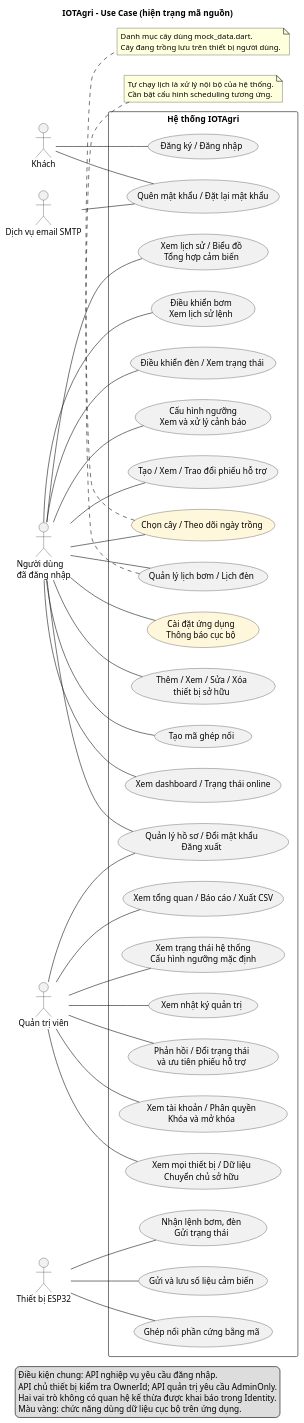
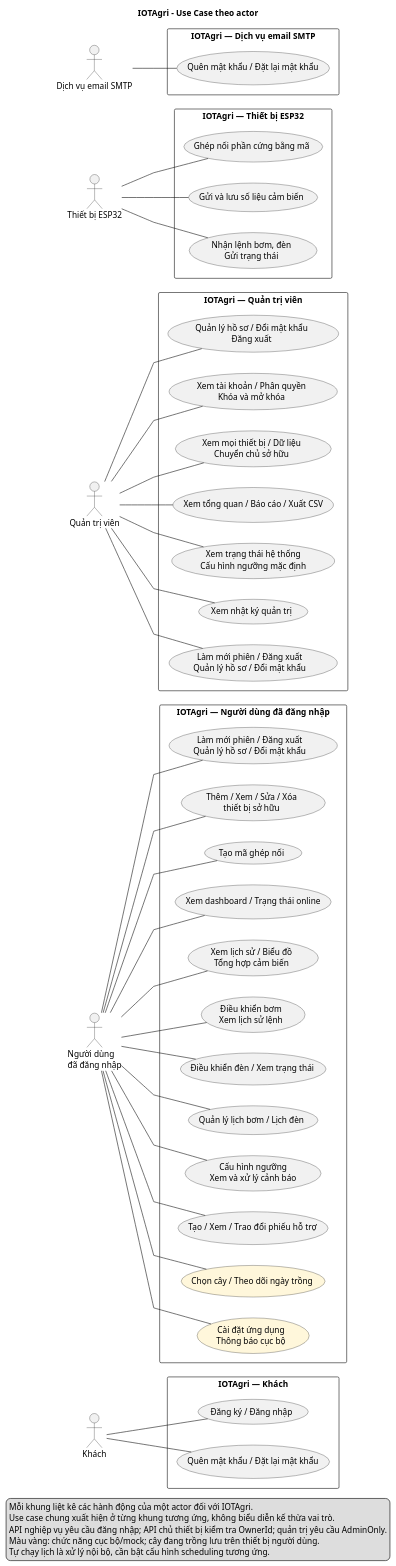
Before and after one commit to huuanh1411/IOTAgri: the diagram in docs/diagrams/use-case.puml, drawn with PlantUML. The commit also changed 15 other files, not shown here.

Commit message:
docs: group use cases by actor with straight UML associations

```diff
--- a/docs/diagrams/use-case.puml
+++ b/docs/diagrams/use-case.puml
@@ -1,76 +1,87 @@
 @startuml
 left to right direction
+skinparam actorStyle stickman
 skinparam packageStyle rectangle
 skinparam shadowing false
-title IOTAgri - Use Case (hiện trạng mã nguồn)
+skinparam linetype polyline
+title IOTAgri - Use Case theo actor
+' Mỗi actor có một khung riêng; use case chung được lặp lại theo vai trò.
+
 actor "Khách" as Guest
+rectangle "IOTAgri — Khách" as GuestFrame {
+  usecase "Đăng ký / Đăng nhập" as GuestUC1
+  usecase "Quên mật khẩu / Đặt lại mật khẩu" as GuestUC2
+}
+Guest -- GuestUC1
+Guest -- GuestUC2
+
 actor "Người dùng\nđã đăng nhập" as User
+rectangle "IOTAgri — Người dùng đã đăng nhập" as UserFrame {
+  usecase "Làm mới phiên / Đăng xuất\nQuản lý hồ sơ / Đổi mật khẩu" as UserUC1
+  usecase "Thêm / Xem / Sửa / Xóa\nthiết bị sở hữu" as UserUC2
+  usecase "Tạo mã ghép nối" as UserUC3
+  usecase "Xem dashboard / Trạng thái online" as UserUC4
+  usecase "Xem lịch sử / Biểu đồ\nTổng hợp cảm biến" as UserUC5
+  usecase "Điều khiển bơm\nXem lịch sử lệnh" as UserUC6
+  usecase "Điều khiển đèn / Xem trạng thái" as UserUC7
+  usecase "Quản lý lịch bơm / Lịch đèn" as UserUC8
+  usecase "Cấu hình ngưỡng\nXem và xử lý cảnh báo" as UserUC9
+  usecase "Tạo / Xem / Trao đổi phiếu hỗ trợ" as UserUC10
+  usecase "Chọn cây / Theo dõi ngày trồng" as UserUC11 #FFF7DB
+  usecase "Cài đặt ứng dụng\nThông báo cục bộ" as UserUC12 #FFF7DB
+}
+User -- UserUC1
+User -- UserUC2
+User -- UserUC3
+User -- UserUC4
+User -- UserUC5
+User -- UserUC6
+User -- UserUC7
+User -- UserUC8
+User -- UserUC9
+User -- UserUC10
+User -- UserUC11
+User -- UserUC12
+
 actor "Quản trị viên" as Admin
+rectangle "IOTAgri — Quản trị viên" as AdminFrame {
+  usecase "Quản lý hồ sơ / Đổi mật khẩu\nĐăng xuất" as AdminUC1
+  usecase "Xem tài khoản / Phân quyền\nKhóa và mở khóa" as AdminUC2
+  usecase "Xem mọi thiết bị / Dữ liệu\nChuyển chủ sở hữu" as AdminUC3
+  usecase "Xem tổng quan / Báo cáo / Xuất CSV" as AdminUC4
+  usecase "Xem trạng thái hệ thống\nCấu hình ngưỡng mặc định" as AdminUC5
+  usecase "Xem nhật ký quản trị" as AdminUC6
+  usecase "Làm mới phiên / Đăng xuất\nQuản lý hồ sơ / Đổi mật khẩu" as AdminUC7
+}
+Admin -- AdminUC1
+Admin -- AdminUC2
+Admin -- AdminUC3
+Admin -- AdminUC4
+Admin -- AdminUC5
+Admin -- AdminUC6
+Admin -- AdminUC7
+
 actor "Thiết bị ESP32" as ESP
+rectangle "IOTAgri — Thiết bị ESP32" as ESPFrame {
+  usecase "Ghép nối phần cứng bằng mã" as ESPUC1
+  usecase "Gửi và lưu số liệu cảm biến" as ESPUC2
+  usecase "Nhận lệnh bơm, đèn\nGửi trạng thái" as ESPUC3
+}
+ESP -- ESPUC1
+ESP -- ESPUC2
+ESP -- ESPUC3
+
 actor "Dịch vụ email SMTP" as SMTP
+rectangle "IOTAgri — Dịch vụ email SMTP" as SMTPFrame {
+  usecase "Quên mật khẩu / Đặt lại mật khẩu" as SMTPUC1
+}
+SMTP -- SMTPUC1
 
-rectangle "Hệ thống IOTAgri" {
-  usecase "Đăng ký / Đăng nhập" as Auth
-  usecase "Quên mật khẩu / Đặt lại mật khẩu" as Recovery
-  usecase "Quản lý hồ sơ / Đổi mật khẩu\nĐăng xuất" as Profile
-  usecase "Thêm / Xem / Sửa / Xóa\nthiết bị sở hữu" as Devices
-  usecase "Tạo mã ghép nối" as Provision
-  usecase "Ghép nối phần cứng bằng mã" as Claim
-  usecase "Xem dashboard / Trạng thái online" as Monitor
-  usecase "Xem lịch sử / Biểu đồ\nTổng hợp cảm biến" as History
-  usecase "Điều khiển bơm\nXem lịch sử lệnh" as Pump
-  usecase "Điều khiển đèn / Xem trạng thái" as Light
-  usecase "Quản lý lịch bơm / Lịch đèn" as Schedule
-  usecase "Cấu hình ngưỡng\nXem và xử lý cảnh báo" as Alerts
-  usecase "Tạo / Xem / Trao đổi phiếu hỗ trợ" as Tickets
-  usecase "Chọn cây / Theo dõi ngày trồng" as Plants #FFF7DB
-  usecase "Cài đặt ứng dụng\nThông báo cục bộ" as Preferences #FFF7DB
-  usecase "Xem tài khoản / Phân quyền\nKhóa và mở khóa" as Accounts
-  usecase "Xem mọi thiết bị / Dữ liệu\nChuyển chủ sở hữu" as Fleet
-  usecase "Xem tổng quan / Báo cáo / Xuất CSV" as Reports
-  usecase "Xem trạng thái hệ thống\nCấu hình ngưỡng mặc định" as System
-  usecase "Xem nhật ký quản trị" as Audit
-  usecase "Phản hồi / Đổi trạng thái\nvà ưu tiên phiếu hỗ trợ" as Support
-  usecase "Gửi và lưu số liệu cảm biến" as Telemetry
-  usecase "Nhận lệnh bơm, đèn\nGửi trạng thái" as Actuate
-}
-Guest -- Auth
-Guest -- Recovery
-SMTP -- Recovery
-User -- Profile
-User -- Devices
-User -- Provision
-User -- Monitor
-User -- History
-User -- Pump
-User -- Light
-User -- Schedule
-User -- Alerts
-User -- Tickets
-User -- Plants
-User -- Preferences
-Admin -- Profile
-Admin -- Accounts
-Admin -- Fleet
-Admin -- Reports
-Admin -- System
-Admin -- Audit
-Admin -- Support
-ESP -- Claim
-ESP -- Telemetry
-ESP -- Actuate
-note bottom of Plants
-  Danh mục cây dùng mock_data.dart.
-  Cây đang trồng lưu trên thiết bị người dùng.
-end note
-note bottom of Schedule
-  Tự chạy lịch là xử lý nội bộ của hệ thống.
-  Cần bật cấu hình scheduling tương ứng.
-end note
 legend bottom
-  Điều kiện chung: API nghiệp vụ yêu cầu đăng nhập.
-  API chủ thiết bị kiểm tra OwnerId; API quản trị yêu cầu AdminOnly.
-  Hai vai trò không có quan hệ kế thừa được khai báo trong Identity.
-  Màu vàng: chức năng dùng dữ liệu cục bộ trên ứng dụng.
+  Mỗi khung liệt kê các hành động của một actor đối với IOTAgri.
+  Use case chung xuất hiện ở từng khung tương ứng, không biểu diễn kế thừa vai trò.
+  API nghiệp vụ yêu cầu đăng nhập; API chủ thiết bị kiểm tra OwnerId; quản trị yêu cầu AdminOnly.
+  Màu vàng: chức năng cục bộ/mock; cây đang trồng lưu trên thiết bị người dùng.
+  Tự chạy lịch là xử lý nội bộ, cần bật cấu hình scheduling tương ứng.
 endlegend
 @enduml
```
